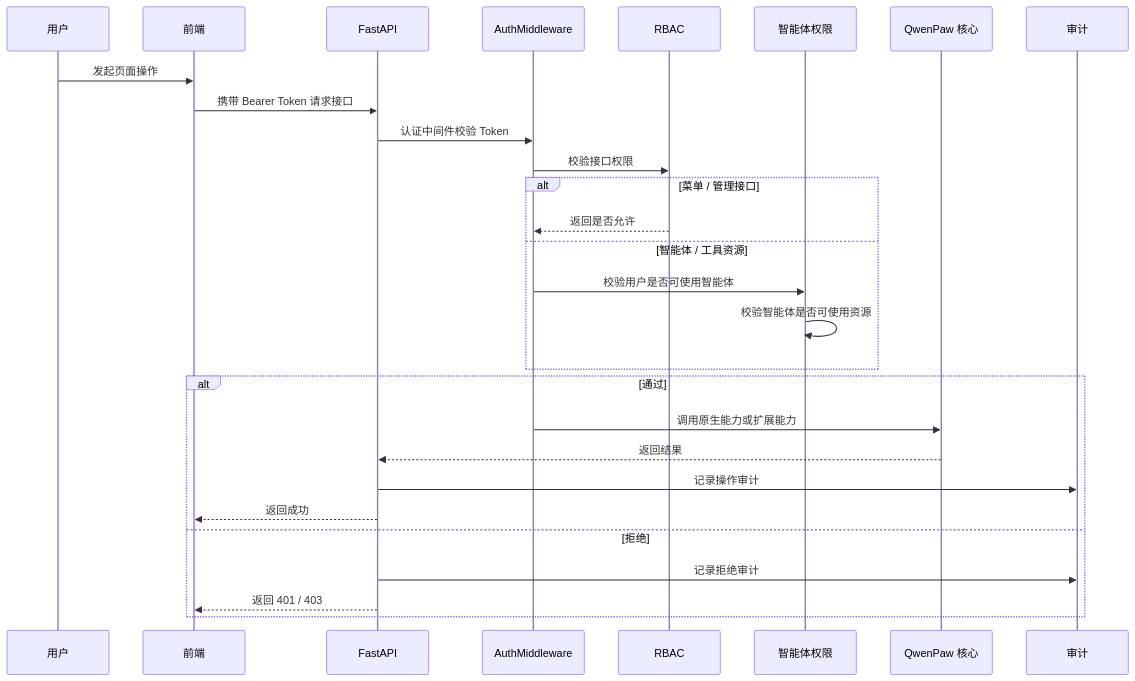
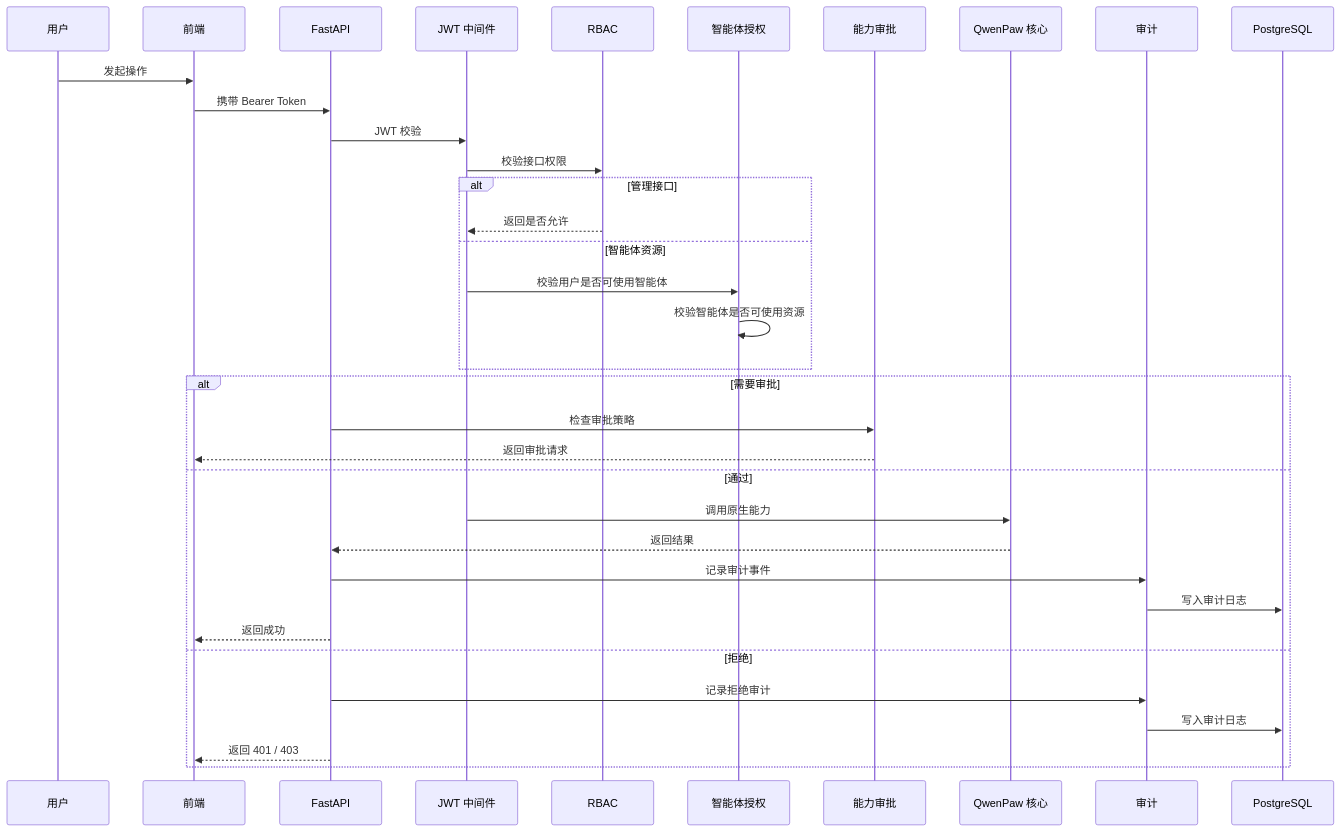
One commit to devjotaduo/nexora-ai-platform changed the sixth of 8 diagrams in docs/technical-solution.md. Above: the diagram before and after it, drawn with Mermaid. The commit also changed other lines of this file and 5 other files, not shown here.

````diff
--- a/docs/technical-solution.md
+++ b/docs/technical-solution.md
@@ -280,31 +339,38 @@
 ```mermaid
 sequenceDiagram
     participant U as 用户
     participant FE as 前端
     participant API as FastAPI
-    participant MW as AuthMiddleware
+    participant MW as JWT 中间件
     participant RBAC as RBAC
-    participant GOV as 智能体权限
+    participant Grant as 智能体授权
+    participant Cap as 能力审批
     participant Core as QwenPaw 核心
     participant AUD as 审计
+    participant PG as PostgreSQL
 
-    U->>FE: 发起页面操作
-    FE->>API: 携带 Bearer Token 请求接口
-    API->>MW: 认证中间件校验 Token
+    U->>FE: 发起操作
+    FE->>API: 携带 Bearer Token
+    API->>MW: JWT 校验
     MW->>RBAC: 校验接口权限
-    alt 菜单 / 管理接口
+    alt 管理接口
         RBAC-->>MW: 返回是否允许
-    else 智能体 / 工具资源
-        MW->>GOV: 校验用户是否可使用智能体
-        GOV->>GOV: 校验智能体是否可使用资源
+    else 智能体资源
+        MW->>Grant: 校验用户是否可使用智能体
+        Grant->>Grant: 校验智能体是否可使用资源
     end
-    alt 通过
-        MW->>Core: 调用原生能力或扩展能力
+    alt 需要审批
+        API->>Cap: 检查审批策略
+        Cap-->>FE: 返回审批请求
+    else 通过
+        MW->>Core: 调用原生能力
         Core-->>API: 返回结果
-        API->>AUD: 记录操作审计
+        API->>AUD: 记录审计事件
+        AUD->>PG: 写入审计日志
         API-->>FE: 返回成功
     else 拒绝
         API->>AUD: 记录拒绝审计
+        AUD->>PG: 写入审计日志
         API-->>FE: 返回 401 / 403
     end
 ```
````
